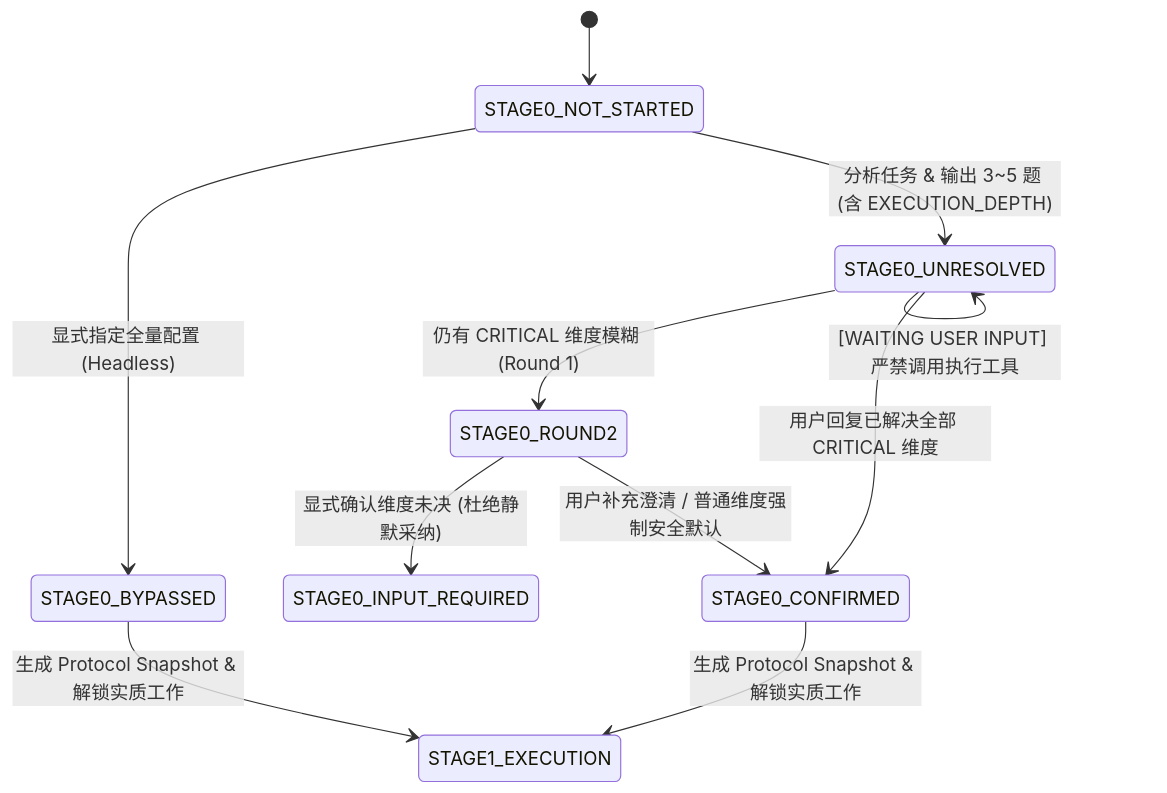
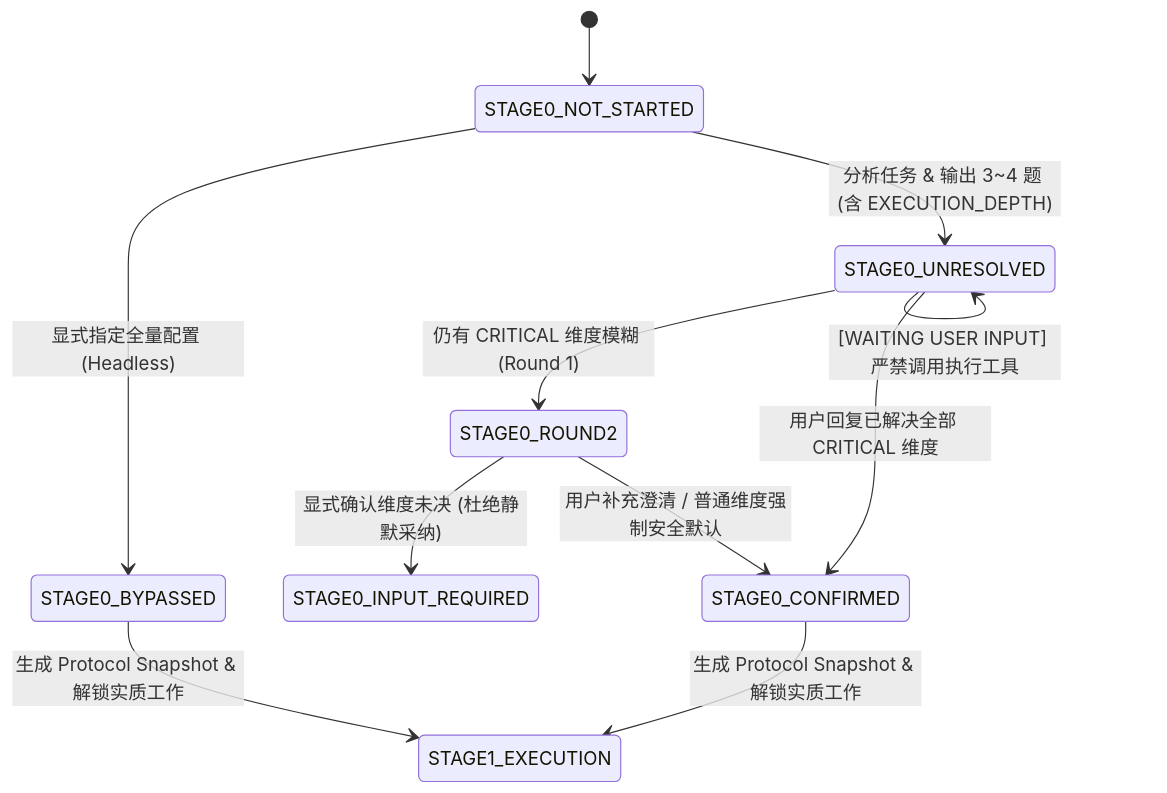
Before and after one commit to Daylily-Huang/ScholarFlow: the diagram in shared/grill_me/core_protocol.md, drawn with Mermaid. The commit also changed other lines of this file and 27 other files, not shown here.

````diff
--- a/shared/grill_me/core_protocol.md
+++ b/shared/grill_me/core_protocol.md
@@ -65,13 +68,13 @@
 ```mermaid
 stateDiagram-v2
     [*] --> STAGE0_NOT_STARTED
-    STAGE0_NOT_STARTED --> STAGE0_UNRESOLVED: 分析任务 & 输出 3~5 题 (含 EXECUTION_DEPTH)
+    STAGE0_NOT_STARTED --> STAGE0_UNRESOLVED: 分析任务 & 输出 3~4 题 (含 EXECUTION_DEPTH)
     STAGE0_UNRESOLVED --> STAGE0_UNRESOLVED: [WAITING USER INPUT] 严禁调用执行工具
     STAGE0_UNRESOLVED --> STAGE0_CONFIRMED: 用户回复已解决全部 CRITICAL 维度
     STAGE0_UNRESOLVED --> STAGE0_ROUND2: 仍有 CRITICAL 维度模糊 (Round 1)
     STAGE0_ROUND2 --> STAGE0_CONFIRMED: 用户补充澄清 / 普通维度强制安全默认
     STAGE0_ROUND2 --> STAGE0_INPUT_REQUIRED: 显式确认维度未决 (杜绝静默采纳)
     STAGE0_NOT_STARTED --> STAGE0_BYPASSED: 显式指定全量配置 (Headless)
     STAGE0_CONFIRMED --> STAGE1_EXECUTION: 生成 Protocol Snapshot & 解锁实质工作
     STAGE0_BYPASSED --> STAGE1_EXECUTION: 生成 Protocol Snapshot & 解锁实质工作
 ```
````
